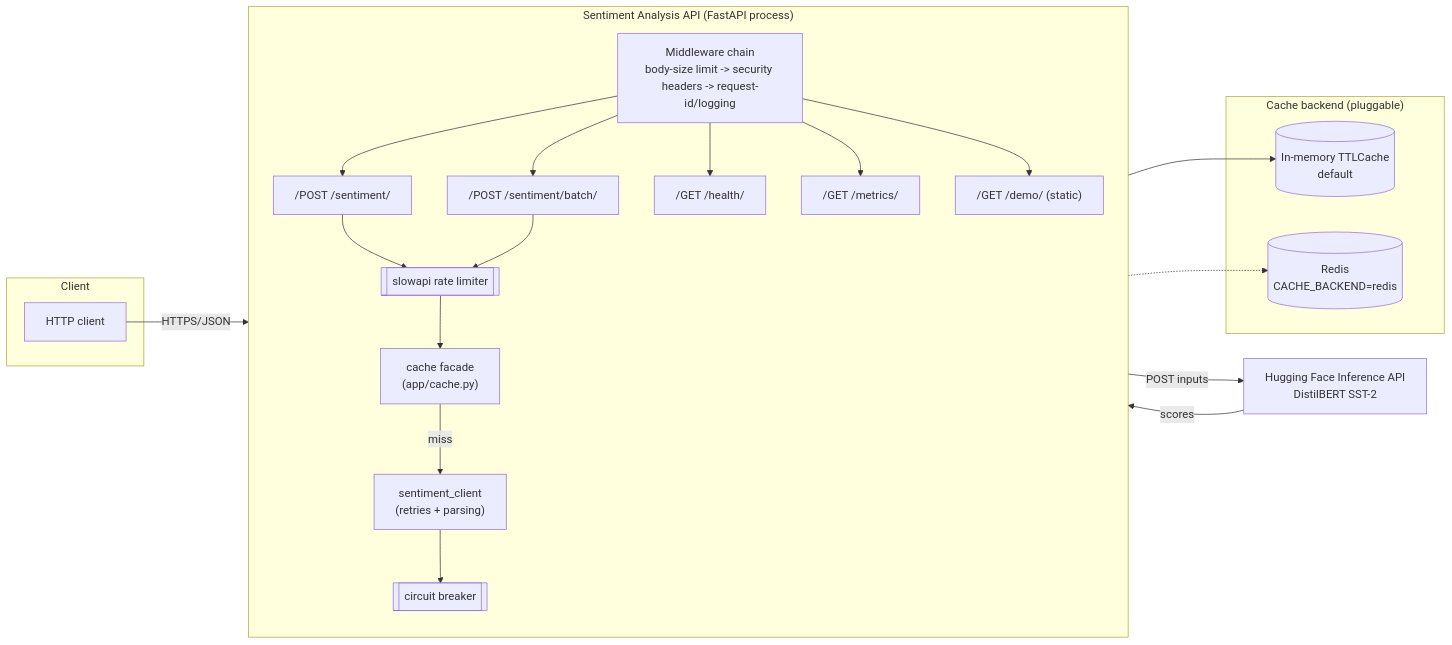
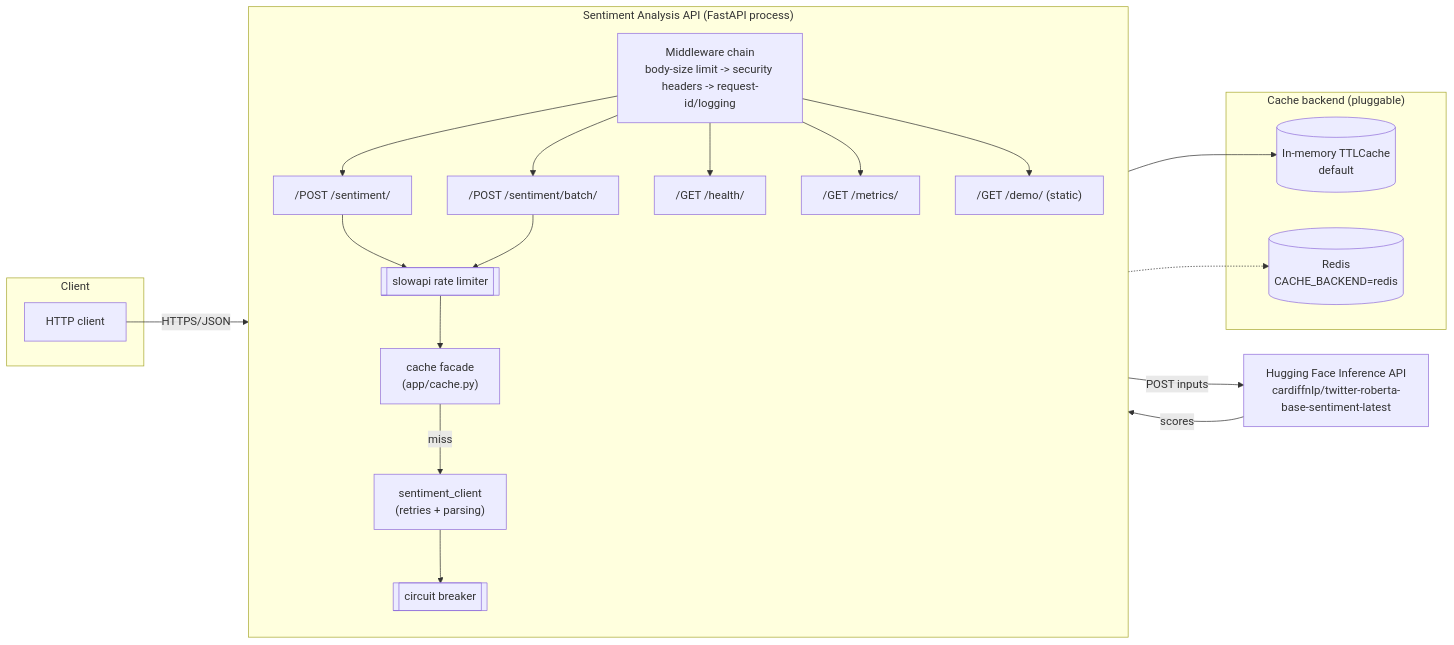
Before and after one commit to ricardomb-tech/reto-02: the second of 7 diagrams in docs/ARCHITECTURE.md, drawn with Mermaid. The commit also changed other lines of this file and 19 other files, not shown here.

````diff
--- a/docs/ARCHITECTURE.md
+++ b/docs/ARCHITECTURE.md
@@ -75,40 +77,40 @@
 ```mermaid
 flowchart LR
     subgraph Client
         C[HTTP client]
     end
 
     subgraph API["Sentiment Analysis API (FastAPI process)"]
         direction TB
         MW["Middleware chain<br/>body-size limit -> security headers -> request-id/logging"]
         R1["/POST /sentiment/"]
         R2["/POST /sentiment/batch/"]
         R3["/GET /health/"]
         R4["/GET /metrics/"]
         R5["/GET /demo/ (static)"]
         RL[["slowapi rate limiter"]]
         CACHE["cache facade<br/>(app/cache.py)"]
         SC["sentiment_client<br/>(retries + parsing)"]
         CB[["circuit breaker"]]
 
         MW --> R1 & R2 & R3 & R4 & R5
         R1 --> RL
         R2 --> RL
         RL --> CACHE
         CACHE -- miss --> SC
         SC --> CB
     end
 
     subgraph Backends["Cache backend (pluggable)"]
         MEM[(In-memory TTLCache<br/>default)]
         REDIS[(Redis<br/>CACHE_BACKEND=redis)]
     end
 
-    HF["Hugging Face Inference API<br/>DistilBERT SST-2"]
+    HF["Hugging Face Inference API<br/>cardiffnlp/twitter-roberta-base-sentiment-latest"]
 
     C -->|HTTPS/JSON| MW
     CACHE --> MEM
     CACHE -.-> REDIS
     CB -->|POST inputs| HF
     HF -->|scores| CB
 ```
````
